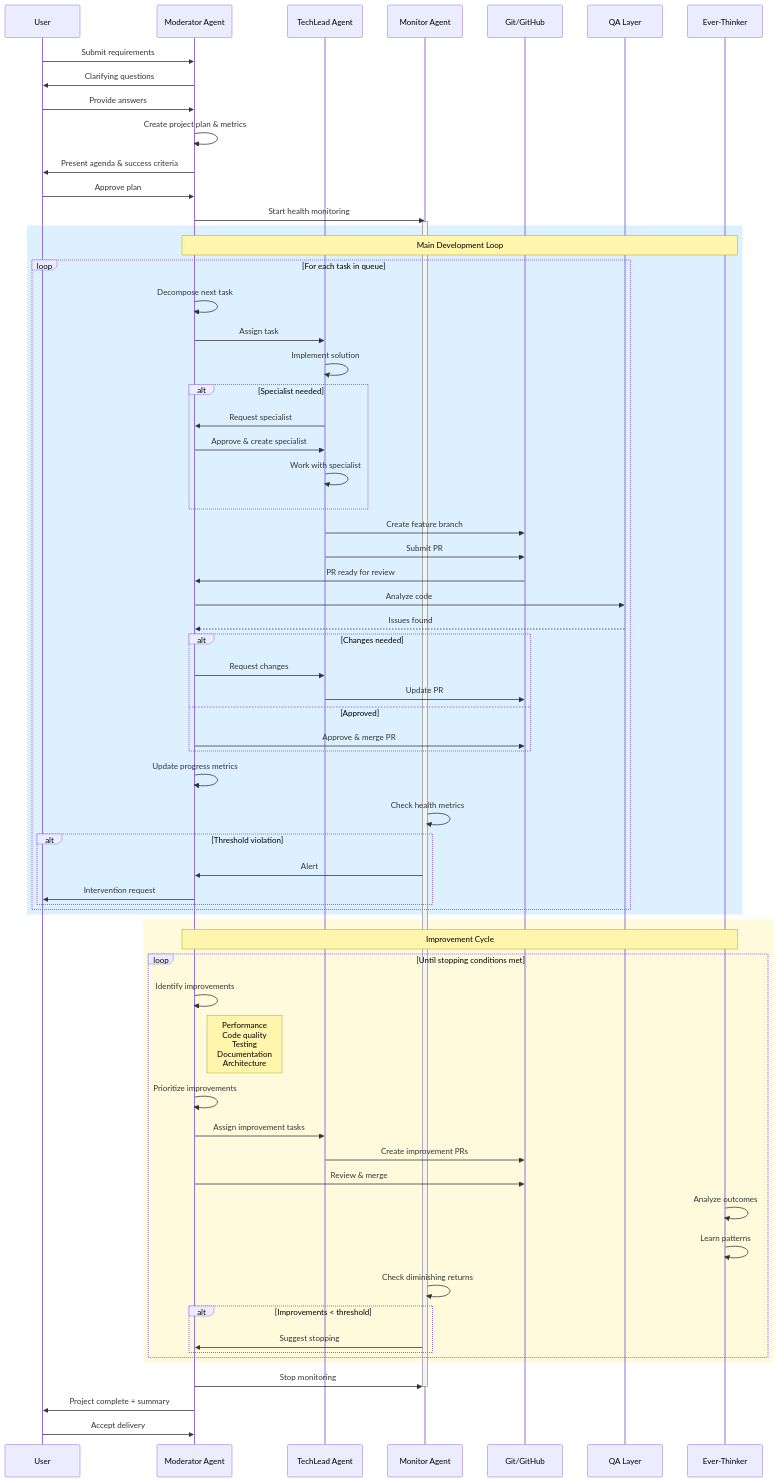
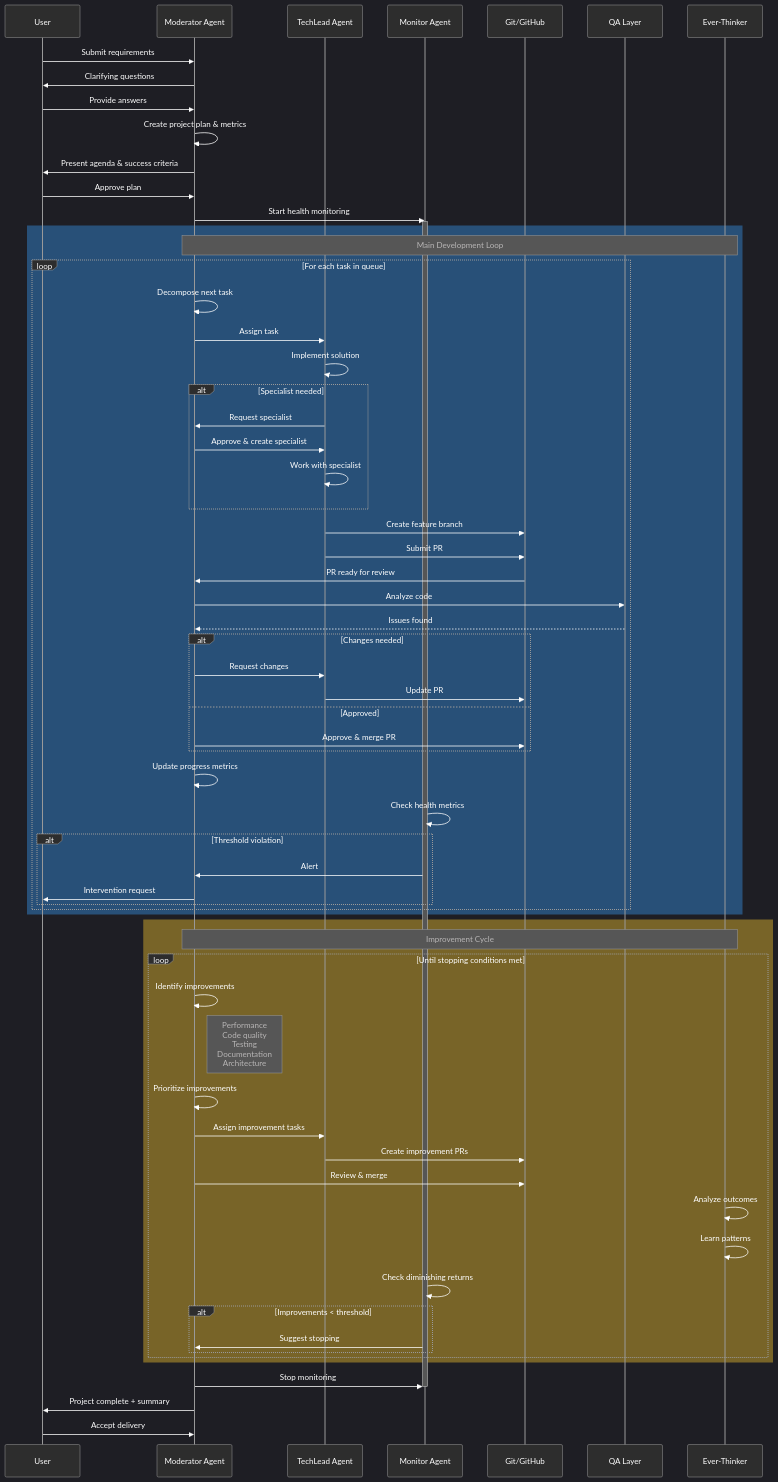
The diagram in docs/diagrams/main-execution-loop.md (thamam/moderator), drawn with Mermaid before and after one commit. The commit also changed 11 other files, not shown here.

Commit message:
chagned diagrams colors

````diff
--- a/docs/diagrams/main-execution-loop.md
+++ b/docs/diagrams/main-execution-loop.md
@@ -8,4 +8,31 @@
 ```mermaid
+%%{init: {
+  'theme': 'dark',
+  'themeVariables': {
+    'darkMode': true,
+    'background': '#1a1a1a',
+    'mainBkg': '#2d2d2d',
+    'primaryColor': '#2d2d2d',
+    'primaryTextColor': '#ffffff',
+    'primaryBorderColor': '#666666',
+    'lineColor': '#999999',
+    'secondaryColor': '#3d3d3d',
+    'tertiaryColor': '#4d4d4d',
+    'textColor': '#ffffff',
+    'signalColor': '#ffffff',
+    'signalTextColor': '#ffffff',
+    'labelBoxBkgColor': '#2d2d2d',
+    'labelBoxBorderColor': '#999999',
+    'labelTextColor': '#ffffff',
+    'actorBkg': '#2d2d2d',
+    'actorBorder': '#999999',
+    'actorTextColor': '#ffffff',
+    'actorLineColor': '#999999',
+    'loopTextColor': '#ffffff',
+    'altTextColor': '#ffffff',
+    'noteBorderColor': '#999999'
+  }
+}}%%
 sequenceDiagram
     participant User
     participant Moderator as Moderator Agent
@@ -26,7 +53,7 @@
     Moderator->>Monitor: Start health monitoring
     activate Monitor
 
-    rect rgb(220, 240, 255)
+    rect rgb(40, 80, 120)
         Note over Moderator,EverThinker: Main Development Loop
 
         loop For each task in queue
@@ -65,7 +92,7 @@
         end
     end
 
-    rect rgb(255, 250, 220)
+    rect rgb(120, 100, 40)
         Note over Moderator,EverThinker: Improvement Cycle
 
         loop Until stopping conditions met
````
